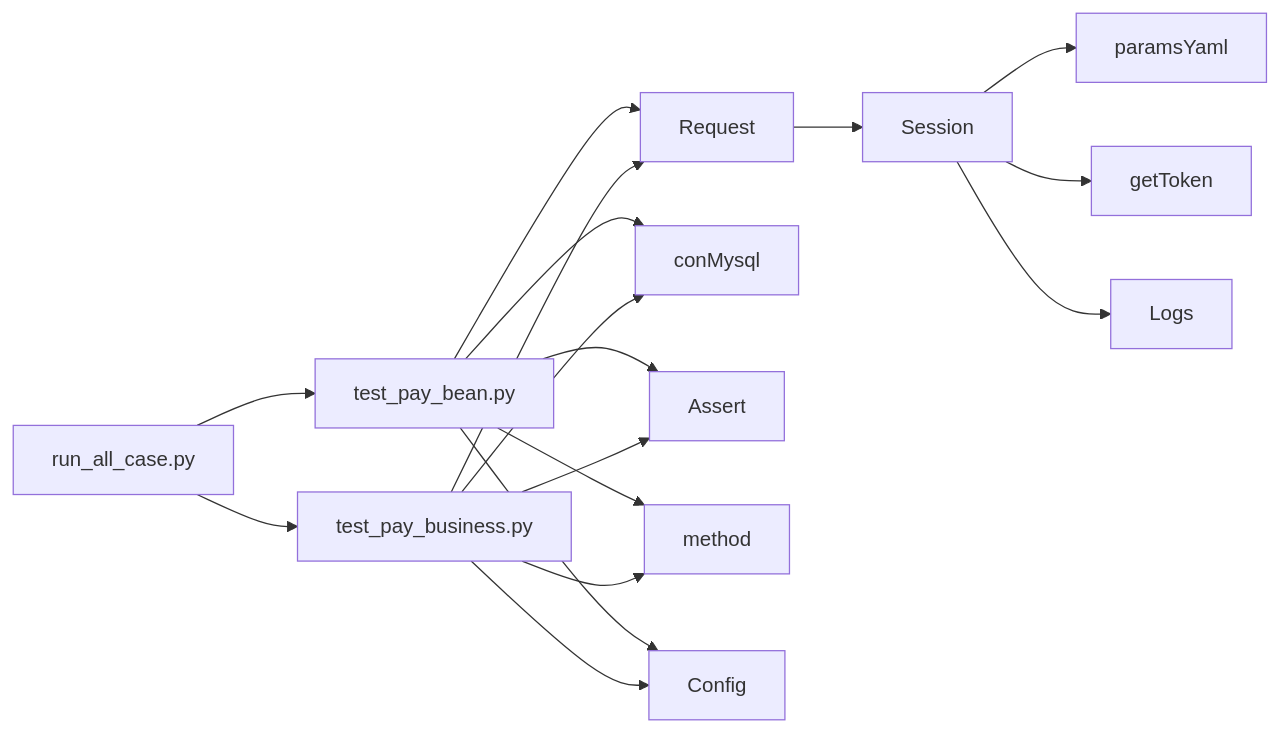
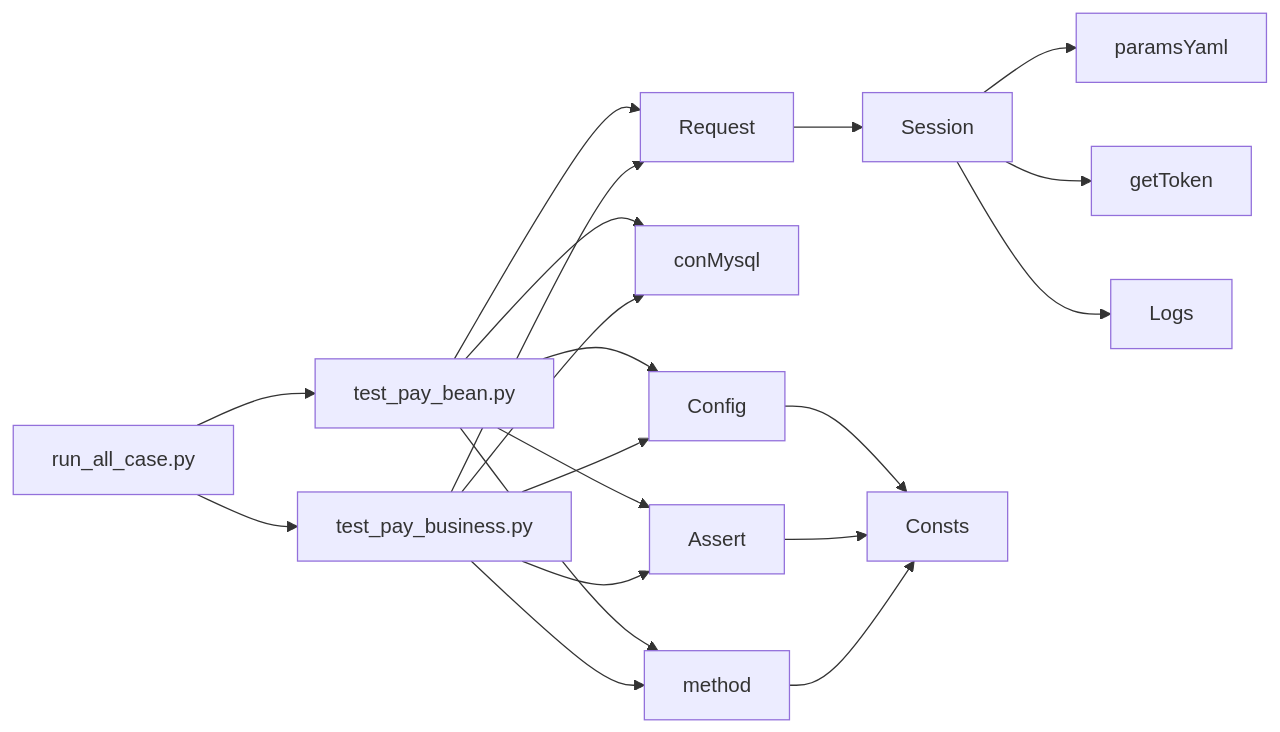
One commit to liximing1-ola/qa-payTest changed the sixth of 6 diagrams in .qoder/repowiki/zh/content/核心模块/核心模块.md. Above: the diagram before and after it, drawn with Mermaid. The commit also changed other lines of this file and 13 other files, not shown here.

````diff
--- a/.qoder/repowiki/zh/content/核心模块/核心模块.md
+++ b/.qoder/repowiki/zh/content/核心模块/核心模块.md
@@ -371,19 +426,22 @@
 ```mermaid
 graph LR
 REQ["Request"] --> SES["Session"]
 SES --> YAML["paramsYaml"]
 SES --> TOK["getToken"]
 SES --> LOG["Logs"]
 CASE1["test_pay_bean.py"] --> REQ
 CASE1 --> DB["conMysql"]
 CASE1 --> ASS["Assert"]
 CASE1 --> METH["method"]
 CASE1 --> CFG["Config"]
 CASE2["test_pay_business.py"] --> REQ
 CASE2 --> DB
 CASE2 --> ASS
 CASE2 --> METH
 CASE2 --> CFG
 RUN["run_all_case.py"] --> CASE1
 RUN --> CASE2
+CFG --> CONST["Consts"]
+ASS --> CONST
+METH --> CONST
 ```
````
